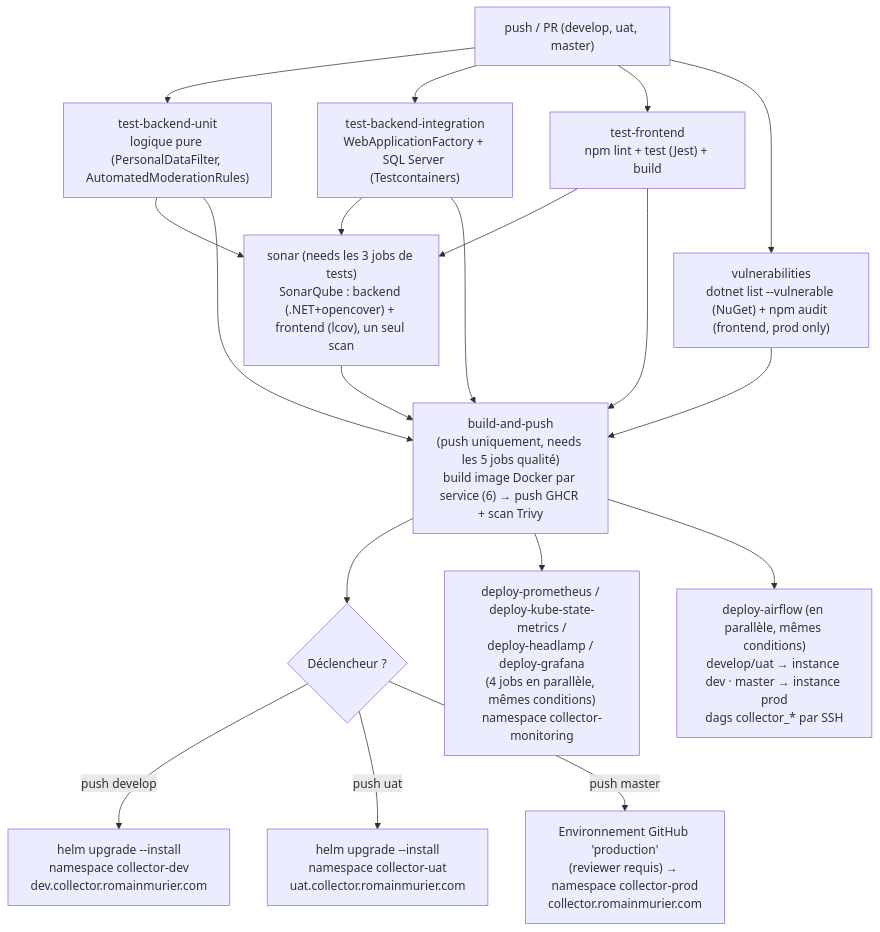
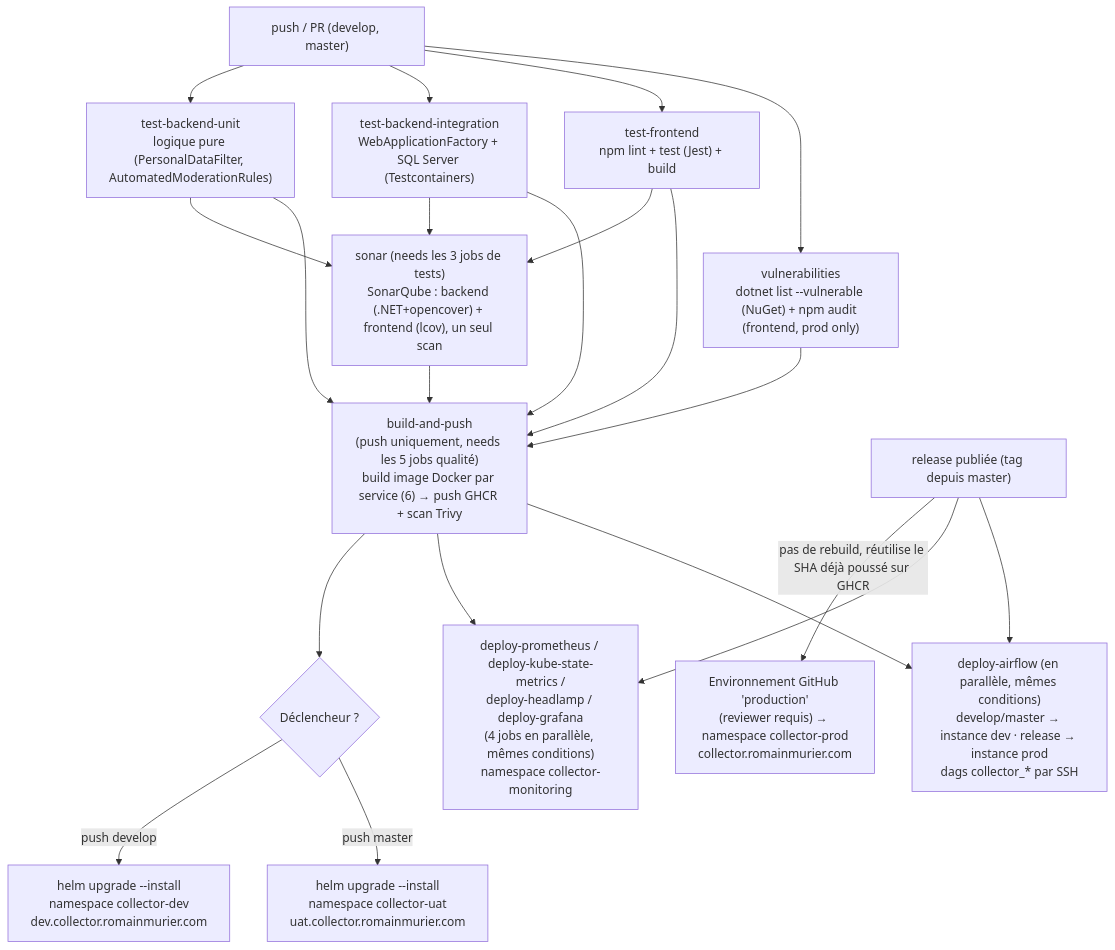
The second of 2 diagrams in README.md (RMurier/CESI-CUBE-3-BAC-5-INDIVIDUEL), drawn with Mermaid before and after one commit. The commit also changed other lines of this file and 3 other files, not shown here.

First line of the commit message:
feat(ci): bascule le déploiement prod sur la publication d'une release

````diff
--- a/README.md
+++ b/README.md
@@ -333,21 +335,23 @@
 ```mermaid
 flowchart TD
-    A["push / PR (develop, uat, master)"] --> B["test-backend-unit<br/>logique pure (PersonalDataFilter, AutomatedModerationRules)"]
+    A["push / PR (develop, master)"] --> B["test-backend-unit<br/>logique pure (PersonalDataFilter, AutomatedModerationRules)"]
     A --> B2["test-backend-integration<br/>WebApplicationFactory + SQL Server (Testcontainers)"]
     A --> C["test-frontend<br/>npm lint + test (Jest) + build"]
     A --> D["vulnerabilities<br/>dotnet list --vulnerable (NuGet) + npm audit (frontend, prod only)"]
     B --> E["sonar (needs les 3 jobs de tests)<br/>SonarQube : backend (.NET+opencover) + frontend (lcov), un seul scan"]
     B2 --> E
     C --> E
     B --> F["build-and-push<br/>(push uniquement, needs les 5 jobs qualité)<br/>build image Docker par service (6) → push GHCR + scan Trivy"]
     B2 --> F
     C --> F
     D --> F
     E --> F
     F --> G{"Déclencheur ?"}
     G -->|push develop| H["helm upgrade --install<br/>namespace collector-dev<br/>dev.collector.romainmurier.com"]
-    G -->|push uat| I["helm upgrade --install<br/>namespace collector-uat<br/>uat.collector.romainmurier.com"]
-    G -->|push master| J["Environnement GitHub 'production'<br/>(reviewer requis) → namespace collector-prod<br/>collector.romainmurier.com"]
+    G -->|push master| I["helm upgrade --install<br/>namespace collector-uat<br/>uat.collector.romainmurier.com"]
+    R["release publiée (tag depuis master)"] -->|pas de rebuild, réutilise le SHA déjà poussé sur GHCR| J["Environnement GitHub 'production'<br/>(reviewer requis) → namespace collector-prod<br/>collector.romainmurier.com"]
     F --> K["deploy-prometheus / deploy-kube-state-metrics /<br/>deploy-headlamp / deploy-grafana<br/>(4 jobs en parallèle, mêmes conditions)<br/>namespace collector-monitoring"]
-    F --> L["deploy-airflow (en parallèle, mêmes conditions)<br/>develop/uat → instance dev · master → instance prod<br/>dags collector_* par SSH"]
+    F --> L["deploy-airflow (en parallèle, mêmes conditions)<br/>develop/master → instance dev · release → instance prod<br/>dags collector_* par SSH"]
+    R --> K
+    R --> L
 ```
````
